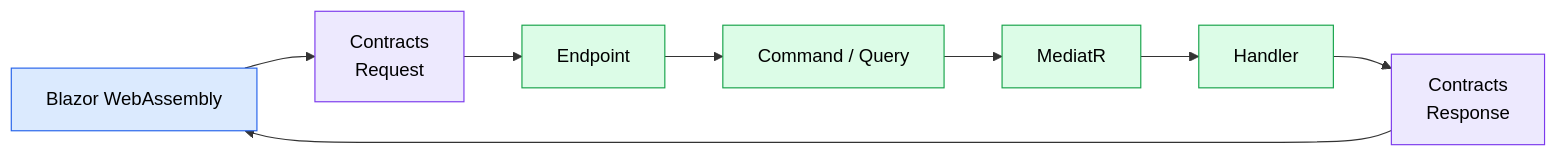
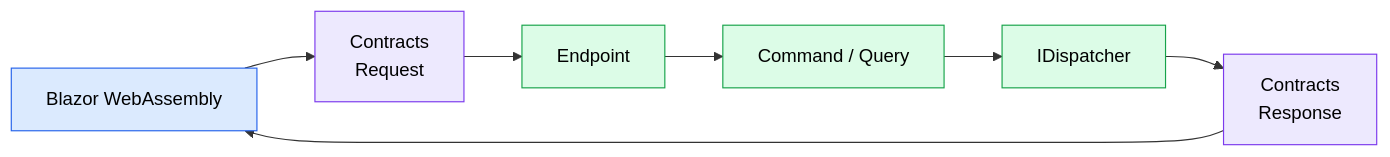
The diagram in docs/architecture/05-api-layer.md (soufiane-rizk/Jobwize), drawn with Mermaid before and after one commit. The commit also changed other lines of this file and 4 other files, not shown here.

````diff
--- a/docs/architecture/05-api-layer.md
+++ b/docs/architecture/05-api-layer.md
@@ -17,33 +17,32 @@
 ```mermaid
 flowchart LR
 
     CLIENT["Blazor WebAssembly"]
 
     REQUEST["Contracts<br/>Request"]
 
     ENDPOINT["Endpoint"]
 
     COMMAND["Command / Query"]
 
-    MEDIATOR["MediatR"]
-
-    HANDLER["Handler"]
+    DISPATCHER["IDispatcher"]
 
     RESPONSE["Contracts<br/>Response"]
 
     CLIENT --> REQUEST
     REQUEST --> ENDPOINT
     ENDPOINT --> COMMAND
-    COMMAND --> MEDIATOR
-    MEDIATOR --> HANDLER
-    HANDLER --> RESPONSE
+    COMMAND --> DISPATCHER
+    DISPATCHER --> RESPONSE
     RESPONSE --> CLIENT
 
     classDef frontend fill:#dbeafe,stroke:#2563eb,color:#000;
     classDef contracts fill:#ede9fe,stroke:#7c3aed,color:#000;
     classDef application fill:#dcfce7,stroke:#16a34a,color:#000;
 
     class CLIENT frontend;
     class REQUEST,RESPONSE contracts;
-    class ENDPOINT,COMMAND,MEDIATOR,HANDLER application;
+    class ENDPOINT application;
+    class COMMAND application;
+    class DISPATCHER application;
 ```
````
